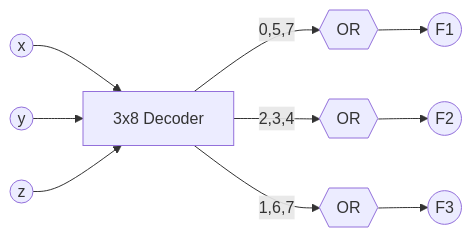
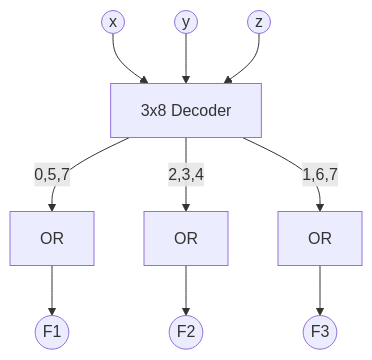
One commit to ashura-01/academics-3.1 changed the fourth of 16 diagrams in DSD/Lecture3.md. Above: the diagram before and after it, drawn with Mermaid. The commit also changed other lines of this file, not shown here.

````diff
--- a/DSD/Lecture3.md
+++ b/DSD/Lecture3.md
@@ -115,9 +112,9 @@
 ```mermaid
-flowchart LR
+flowchart TB
     x((x)) --> DEC["3x8 Decoder"]
     y((y)) --> DEC
     z((z)) --> DEC
-    DEC -- "0,5,7" --> OR1{{OR}} --> F1((F1))
-    DEC -- "2,3,4" --> OR2{{OR}} --> F2((F2))
-    DEC -- "1,6,7" --> OR3{{OR}} --> F3((F3))
+    DEC -- "0,5,7" --> OR1["OR"] --> F1((F1))
+    DEC -- "2,3,4" --> OR2["OR"] --> F2((F2))
+    DEC -- "1,6,7" --> OR3["OR"] --> F3((F3))
 ```
````
